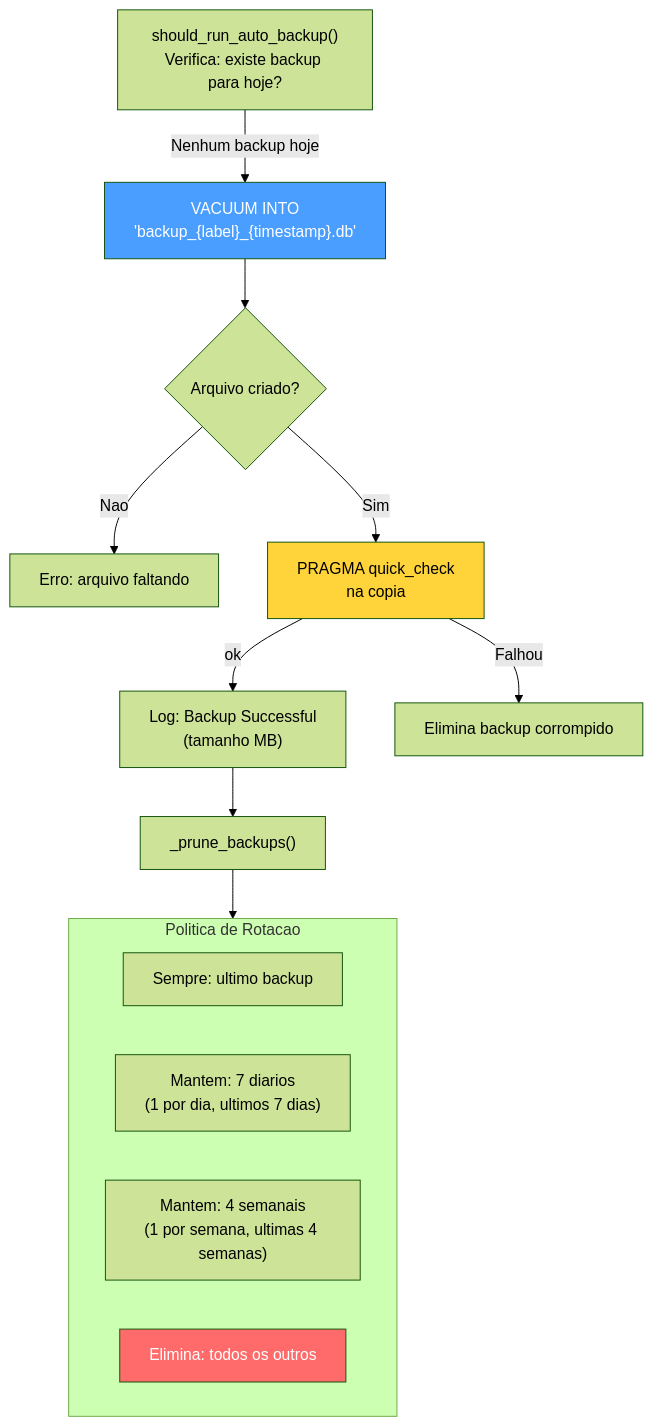
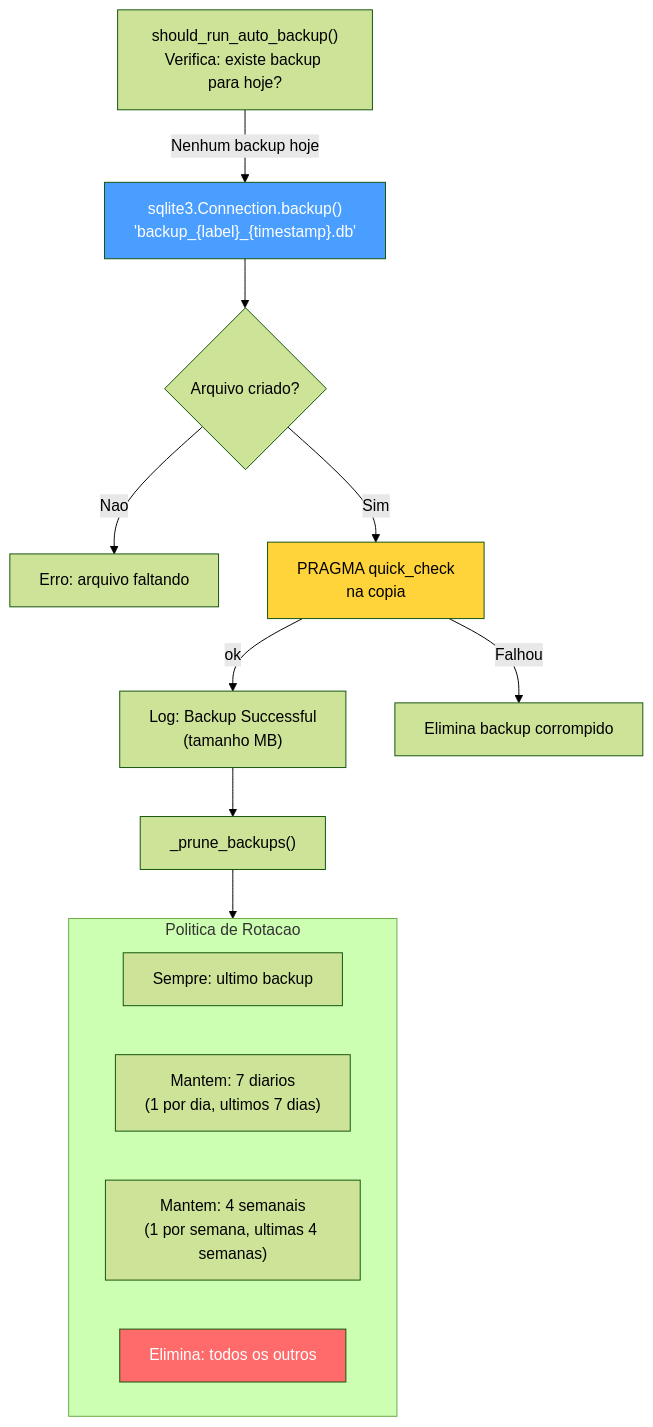
Before and after one commit to renanaugustomacena-ux/Counter-Strike-coach-AI: diagram 40 of 48 in docs/books/Book-Coach-2-pt.md, drawn with Mermaid (forest theme). The commit also changed other lines of this file and 29 other files, not shown here.

````diff
--- a/docs/books/Book-Coach-2-pt.md
+++ b/docs/books/Book-Coach-2-pt.md
@@ -2037,22 +2099,22 @@
 ```mermaid
 flowchart TB
     TRIGGER["should_run_auto_backup()<br/>Verifica: existe backup para hoje?"]
-    TRIGGER -->|"Nenhum backup hoje"| VACUUM["VACUUM INTO<br/>'backup_{label}_{timestamp}.db'"]
-    VACUUM --> EXISTS{"Arquivo criado?"}
+    TRIGGER -->|"Nenhum backup hoje"| BACKUP["sqlite3.Connection.backup()<br/>'backup_{label}_{timestamp}.db'"]
+    BACKUP --> EXISTS{"Arquivo criado?"}
     EXISTS -->|"Nao"| FAIL["Erro: arquivo faltando"]
     EXISTS -->|"Sim"| INTEG["PRAGMA quick_check<br/>na copia"]
     INTEG -->|"ok"| LOG["Log: Backup Successful<br/>(tamanho MB)"]
     INTEG -->|"Falhou"| DEL["Elimina backup corrompido"]
     LOG --> PRUNE["_prune_backups()"]
     subgraph RETENTION["Politica de Rotacao"]
         KEEP1["Sempre: ultimo backup"]
         KEEP2["Mantem: 7 diarios<br/>(1 por dia, ultimos 7 dias)"]
         KEEP3["Mantem: 4 semanais<br/>(1 por semana, ultimas 4 semanas)"]
         PRUNE_OLD["Elimina: todos os outros"]
     end
     PRUNE --> RETENTION
 
-    style VACUUM fill:#4a9eff,color:#fff
+    style BACKUP fill:#4a9eff,color:#fff
     style INTEG fill:#ffd43b,color:#000
     style PRUNE_OLD fill:#ff6b6b,color:#fff
 ```
````
